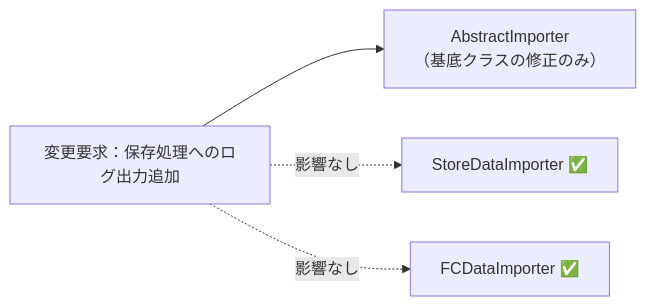
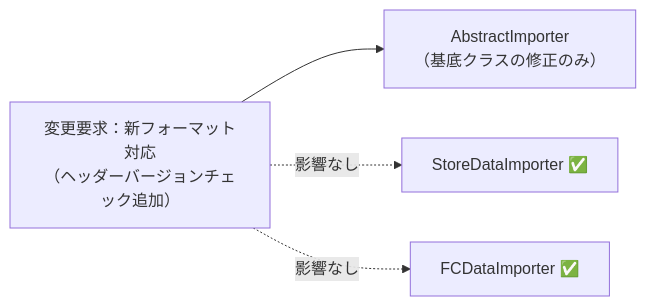
The fourth of 7 diagrams in kindle/design-patterns/output/chapter04.md (kumachan1101-pixel/DesignPattern), drawn with Mermaid before and after one commit. The commit also changed other lines of this file and 13 other files, not shown here.

````diff
--- a/kindle/design-patterns/output/chapter04.md
+++ b/kindle/design-patterns/output/chapter04.md
@@ -700,7 +713,7 @@
 ```mermaid
 graph LR
-    T1["変更要求：保存処理へのログ出力追加"] --> F1["AbstractImporter<br>（基底クラスの修正のみ）"]
+    T1["変更要求：新フォーマット対応<br>（ヘッダーバージョンチェック追加）"] --> F1["AbstractImporter<br>（基底クラスの修正のみ）"]
     T1 -. "影響なし" .-> A["StoreDataImporter ✅"]
     T1 -. "影響なし" .-> B["FCDataImporter ✅"]
 
 ```
````
